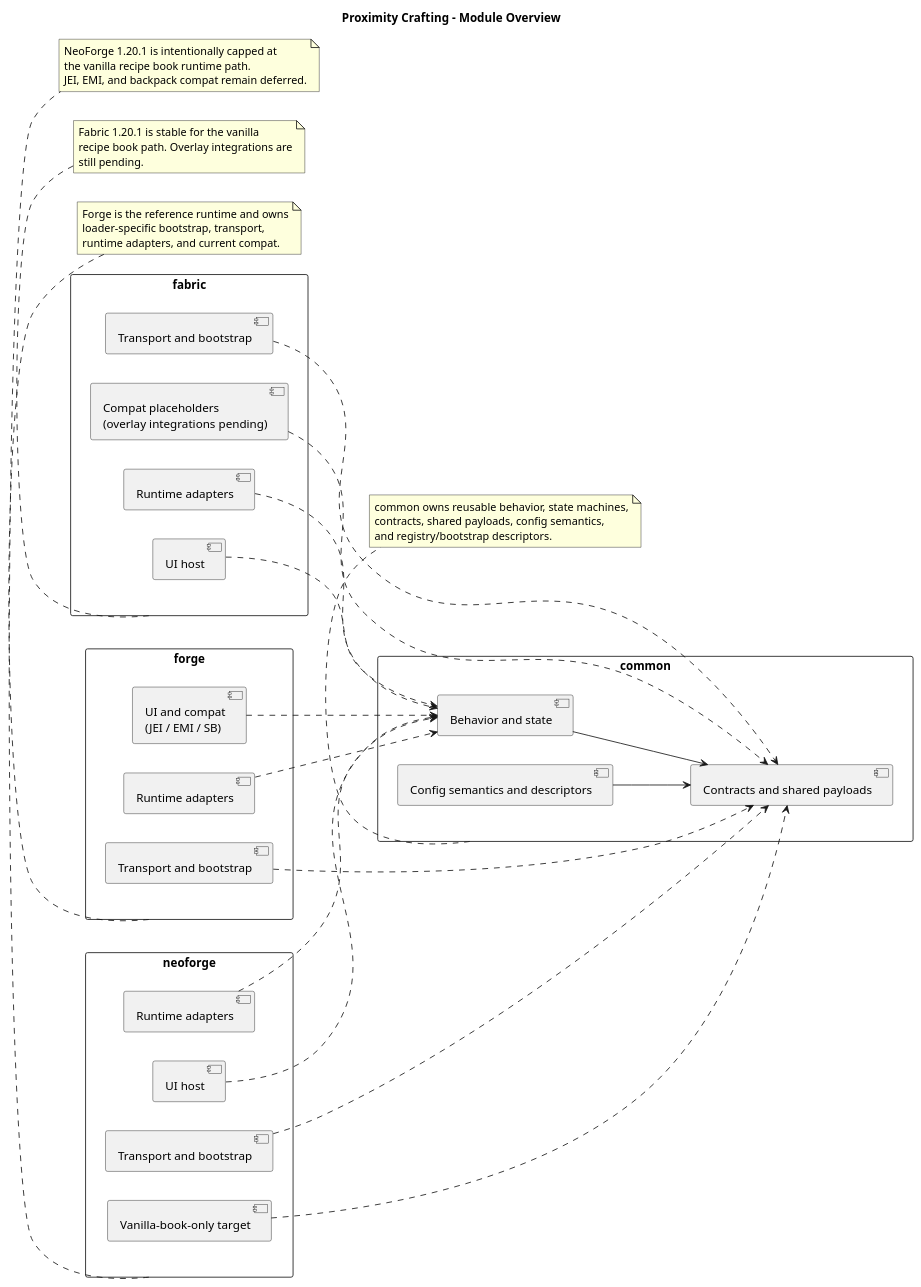
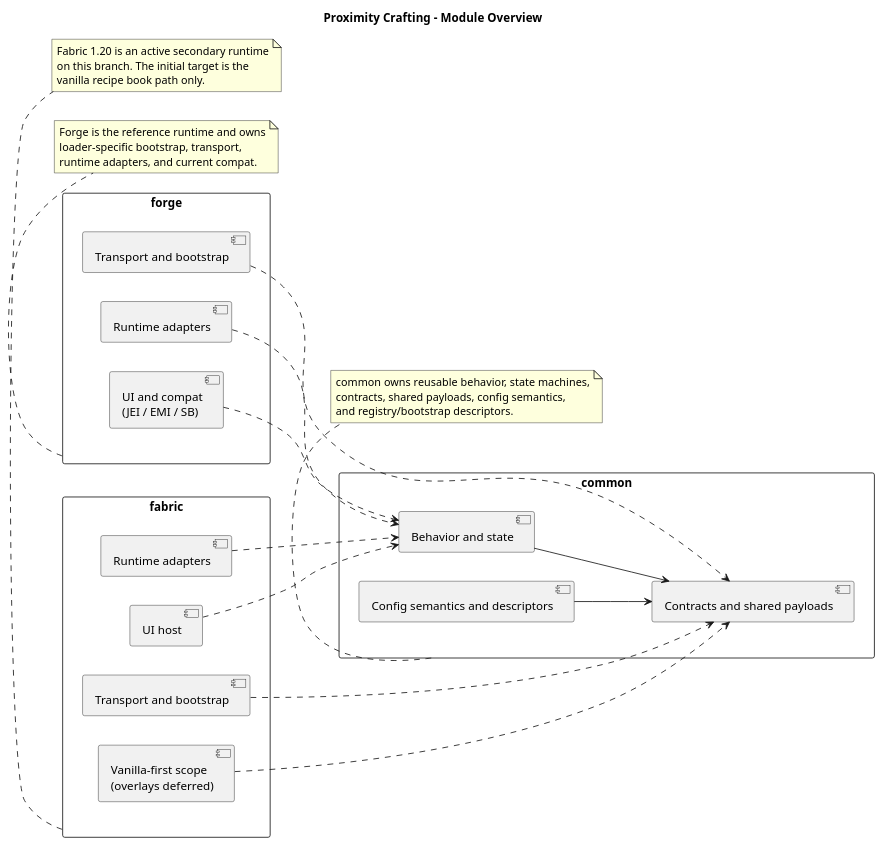
One commit to Maeiro/Nearby-Crafting changed the diagram in docs/architecture/01-module-overview.puml. Above: the diagram before and after it, drawn with PlantUML. The commit also changed 15 other files, not shown here.

Commit message:
feat(version): open 1.20 forge and fabric line

```diff
--- a/docs/architecture/01-module-overview.puml
+++ b/docs/architecture/01-module-overview.puml
@@ -1,73 +1,55 @@
 @startuml
 title Proximity Crafting - Module Overview
 left to right direction
 skinparam shadowing false
 skinparam packageStyle rectangle
 
 package "common" as Common {
   component "Behavior and state" as CommonBehavior
   component "Contracts and shared payloads" as CommonContracts
   component "Config semantics and descriptors" as CommonConfig
 }
 
 package "forge" as Forge {
   component "Runtime adapters" as ForgeAdapters
   component "Transport and bootstrap" as ForgeBootstrap
   component "UI and compat\n(JEI / EMI / SB)" as ForgeCompat
 }
 
 package "fabric" as Fabric {
   component "Runtime adapters" as FabricAdapters
   component "Transport and bootstrap" as FabricBootstrap
   component "UI host" as FabricUi
-  component "Compat placeholders\n(overlay integrations pending)" as FabricCompat
-}
-
-package "neoforge" as NeoForge {
-  component "Runtime adapters" as NeoForgeAdapters
-  component "Transport and bootstrap" as NeoForgeBootstrap
-  component "UI host" as NeoForgeUi
-  component "Vanilla-book-only target" as NeoForgeScope
+  component "Vanilla-first scope\n(overlays deferred)" as FabricCompat
 }
 
 CommonBehavior -down-> CommonContracts
 CommonConfig -down-> CommonContracts
 
 ForgeAdapters ..> CommonBehavior
 ForgeBootstrap ..> CommonContracts
 ForgeCompat ..> CommonBehavior
 
 FabricAdapters ..> CommonBehavior
 FabricBootstrap ..> CommonContracts
 FabricUi ..> CommonBehavior
 FabricCompat ..> CommonContracts
 
-NeoForgeAdapters ..> CommonBehavior
-NeoForgeBootstrap ..> CommonContracts
-NeoForgeUi ..> CommonBehavior
-NeoForgeScope ..> CommonContracts
-
 note bottom of Common
 common owns reusable behavior, state machines,
 contracts, shared payloads, config semantics,
 and registry/bootstrap descriptors.
 end note
 
 note bottom of Forge
 Forge is the reference runtime and owns
 loader-specific bootstrap, transport,
 runtime adapters, and current compat.
 end note
 
 note bottom of Fabric
-Fabric 1.20.1 is stable for the vanilla
-recipe book path. Overlay integrations are
-still pending.
-end note
-
-note bottom of NeoForge
-NeoForge 1.20.1 is intentionally capped at
-the vanilla recipe book runtime path.
-JEI, EMI, and backpack compat remain deferred.
+Fabric 1.20 is an active secondary runtime
+on this branch. The initial target is the
+vanilla recipe book path only.
 end note
 @enduml
```
